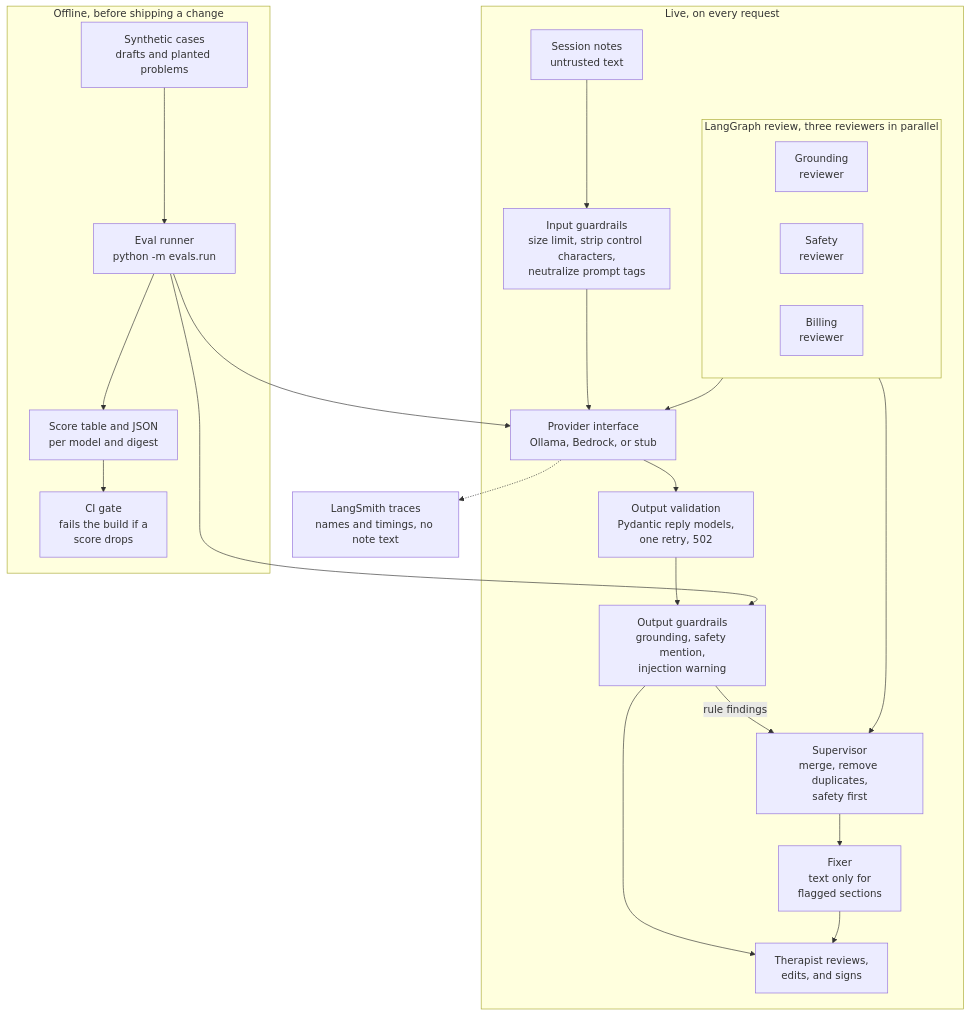
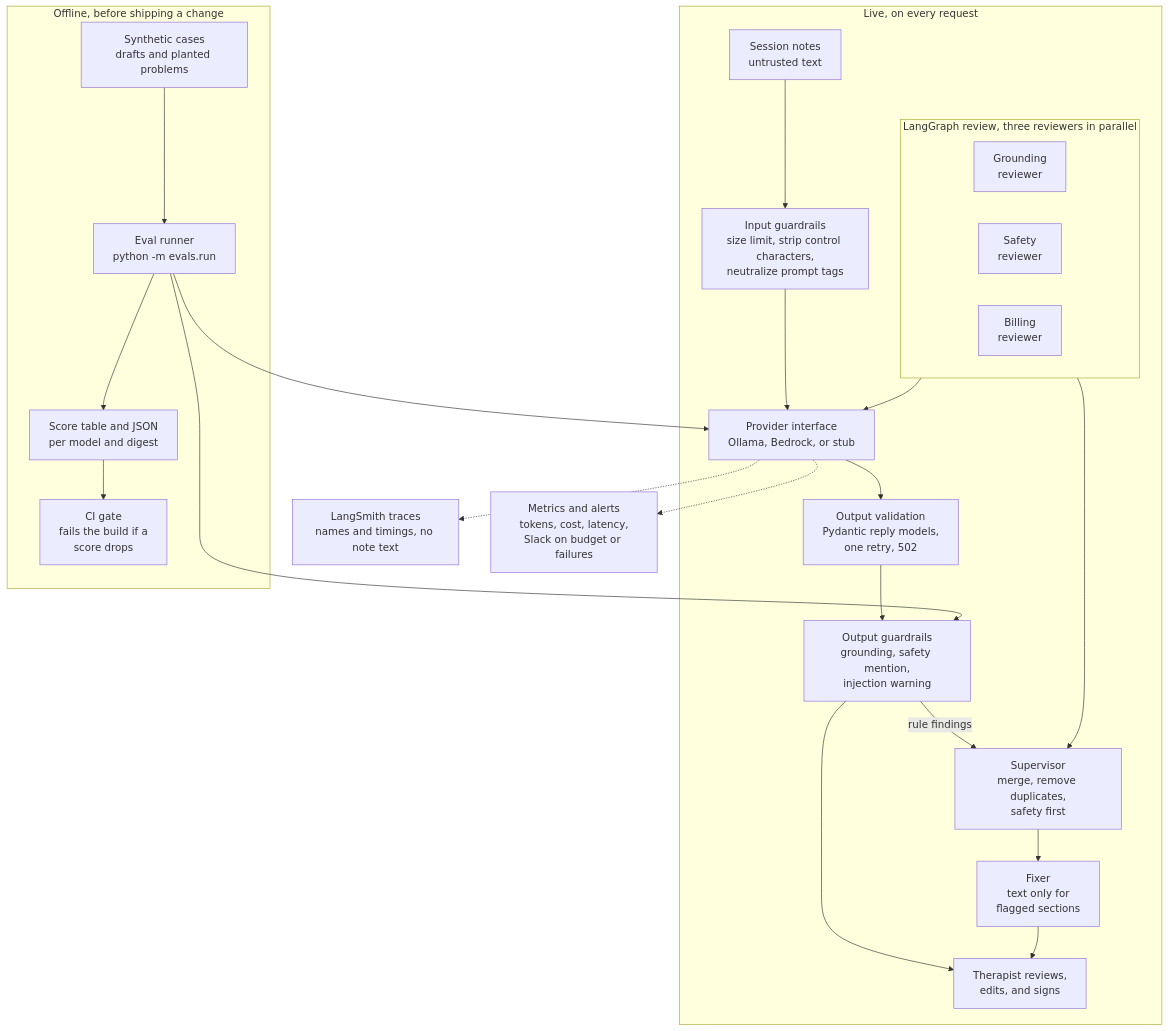
The second of 4 diagrams in README.md (ckwan/note_loop), drawn with Mermaid before and after one commit. The commit also changed other lines of this file, not shown here.

````diff
--- a/README.md
+++ b/README.md
@@ -90,28 +92,29 @@
 ```mermaid
 flowchart TB
     subgraph Live["Live, on every request"]
         IN["Session notes<br/>untrusted text"] --> G1["Input guardrails<br/>size limit, strip control characters,<br/>neutralize prompt tags"]
         G1 --> P["Provider interface<br/>Ollama, Bedrock, or stub"]
         P --> V["Output validation<br/>Pydantic reply models,<br/>one retry, 502"]
         V --> G2["Output guardrails<br/>grounding, safety mention,<br/>injection warning"]
         G2 --> H["Therapist reviews,<br/>edits, and signs"]
         subgraph RV["LangGraph review, three reviewers in parallel"]
             R1["Grounding<br/>reviewer"]
             R2["Safety<br/>reviewer"]
             R3["Billing<br/>reviewer"]
         end
         RV --> P
         RV --> SUP["Supervisor<br/>merge, remove duplicates,<br/>safety first"]
         G2 -->|"rule findings"| SUP
         SUP --> FX["Fixer<br/>text only for<br/>flagged sections"]
         FX --> H
     end
     P -.-> LS["LangSmith traces<br/>names and timings, no note text"]
+    P -.-> OBS["Metrics and alerts<br/>tokens, cost, latency,<br/>Slack on budget or failures"]
     subgraph Offline["Offline, before shipping a change"]
         C["Synthetic cases<br/>drafts and planted problems"] --> E["Eval runner<br/>python -m evals.run"]
         E --> P
         E --> G2
         E --> T["Score table and JSON<br/>per model and digest"]
         T --> CI["CI gate<br/>fails the build if a<br/>score drops"]
     end
 ```
````
